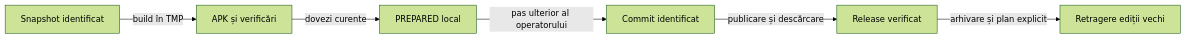
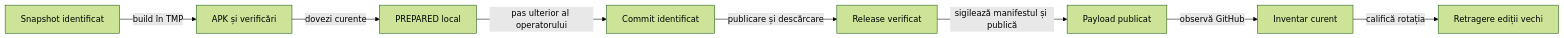
Before and after one commit to crististefanita/atf_j4: the diagram in docs/platform/ATF_ReleaseRetention.md, drawn with Mermaid (forest theme). The commit also changed other lines of this file and 16 other files, not shown here.

````diff
--- a/docs/platform/ATF_ReleaseRetention.md
+++ b/docs/platform/ATF_ReleaseRetention.md
@@ -58,8 +58,10 @@
 ```mermaid
 flowchart LR
     SOURCE[Snapshot identificat] -->|build în TMP| APK[APK și verificări]
     APK -->|dovezi curente| LOCAL[PREPARED local]
     LOCAL -->|pas ulterior al operatorului| BOUND[Commit identificat]
     BOUND -->|publicare și descărcare| LIVE[Release verificat]
-    LIVE -->|arhivare și plan explicit| RETIRE[Retragere ediții vechi]
+    LIVE -->|sigilează manifestul și publică| SEALED[Payload publicat]
+    SEALED -->|observă GitHub| OBS[Inventar curent]
+    OBS -->|califică rotația| RETIRE[Retragere ediții vechi]
 ```
````
